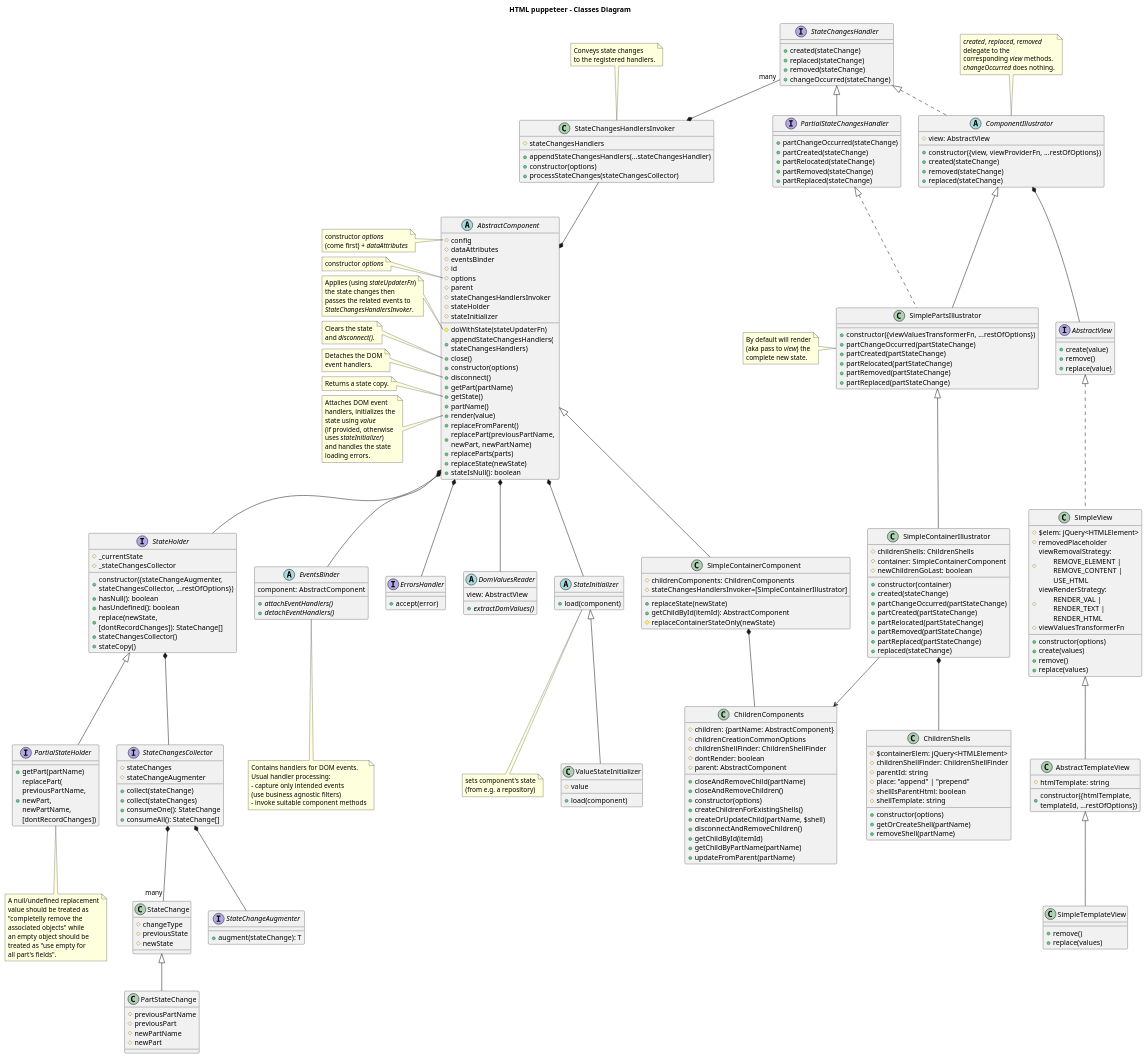
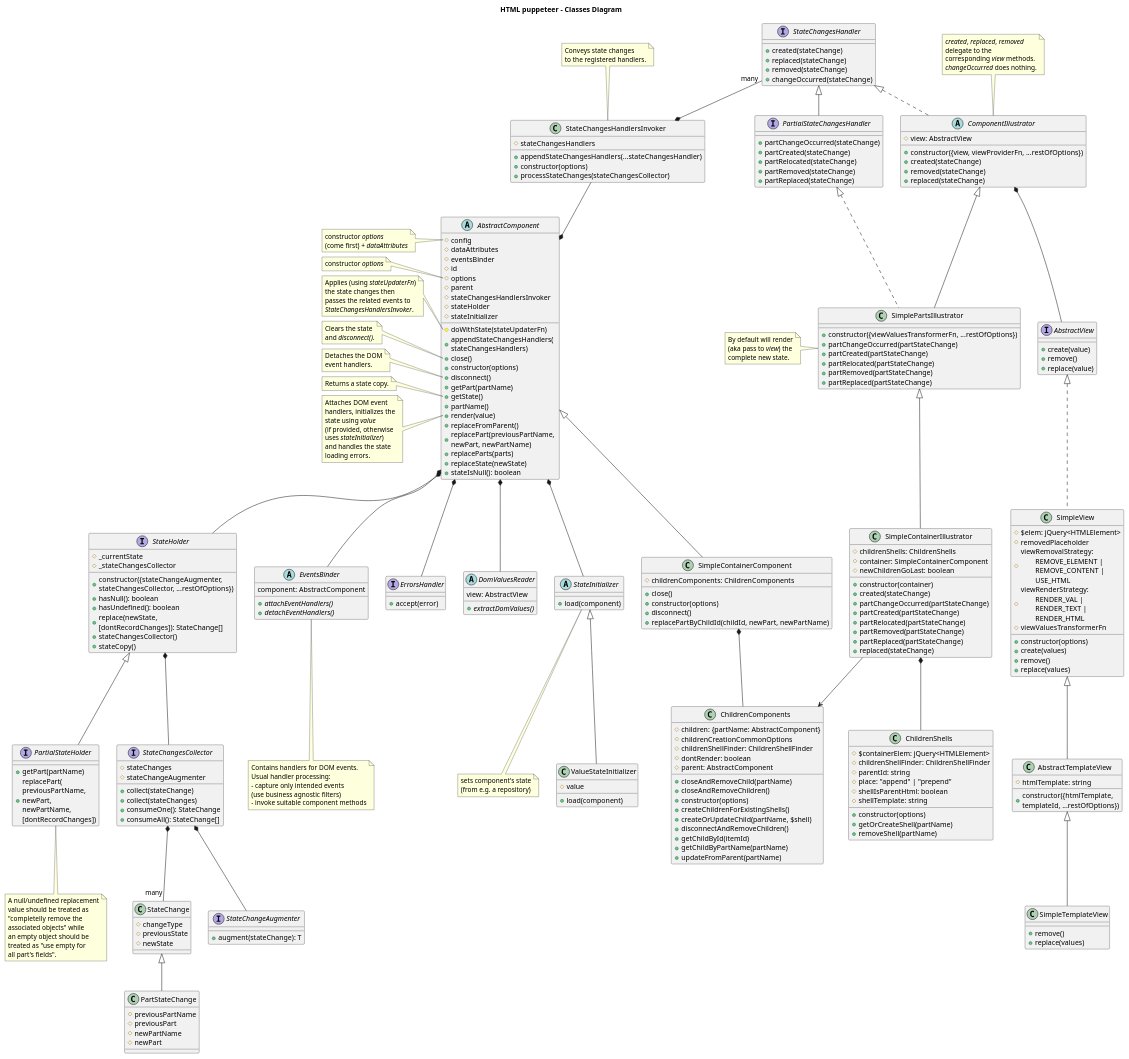
One commit to adrhc/html-puppeteer changed the diagram in design/classes-diagram.puml. Above: the diagram before and after it, drawn with PlantUML.

Commit message:
classes-diagram.puml updated SimpleContainerComponent.js

```diff
--- a/design/classes-diagram.puml
+++ b/design/classes-diagram.puml
@@ -260,10 +260,10 @@
 
 class SimpleContainerComponent extends AbstractComponent {
 #childrenComponents: ChildrenComponents
-#stateChangesHandlersInvoker=[SimpleContainerIllustrator]
-+replaceState(newState)
-+getChildById(itemId): AbstractComponent
-#replaceContainerStateOnly(newState)
++close()
++constructor(options)
++disconnect()
++replacePartByChildId(childId, newPart, newPartName)
 }
 
 SimpleContainerComponent *-down- ChildrenComponents
```
